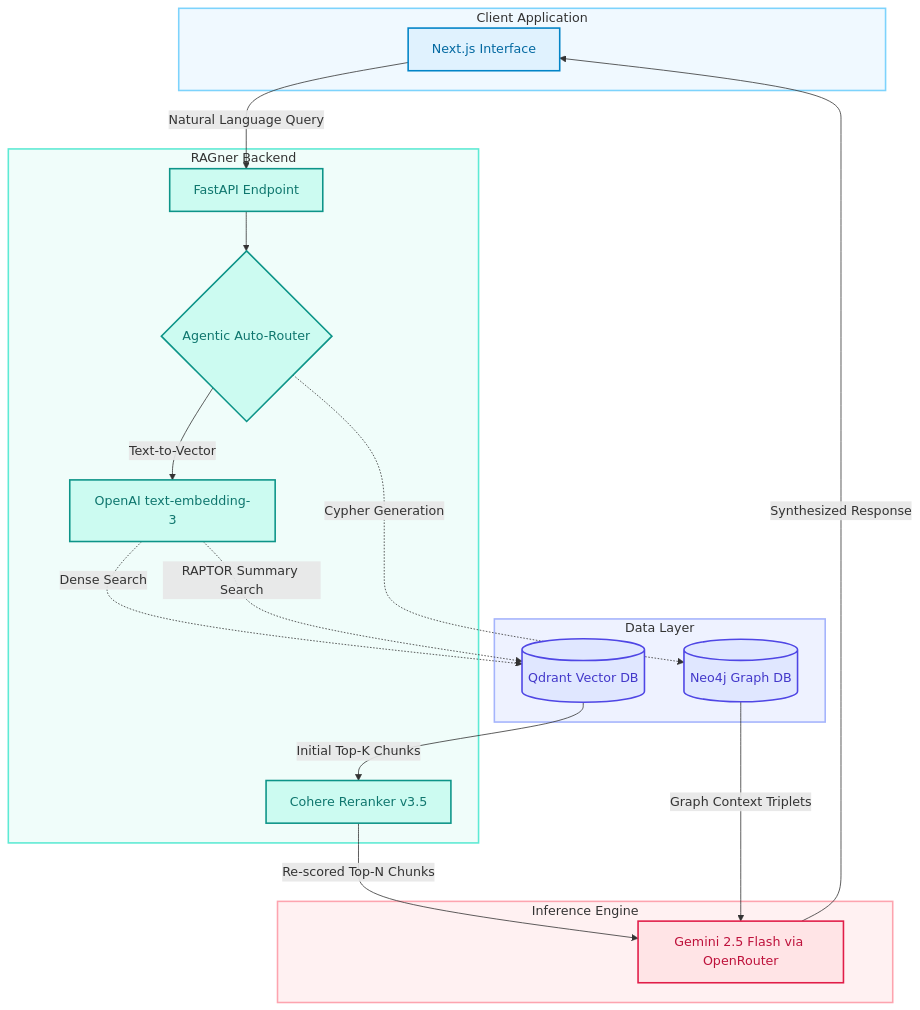
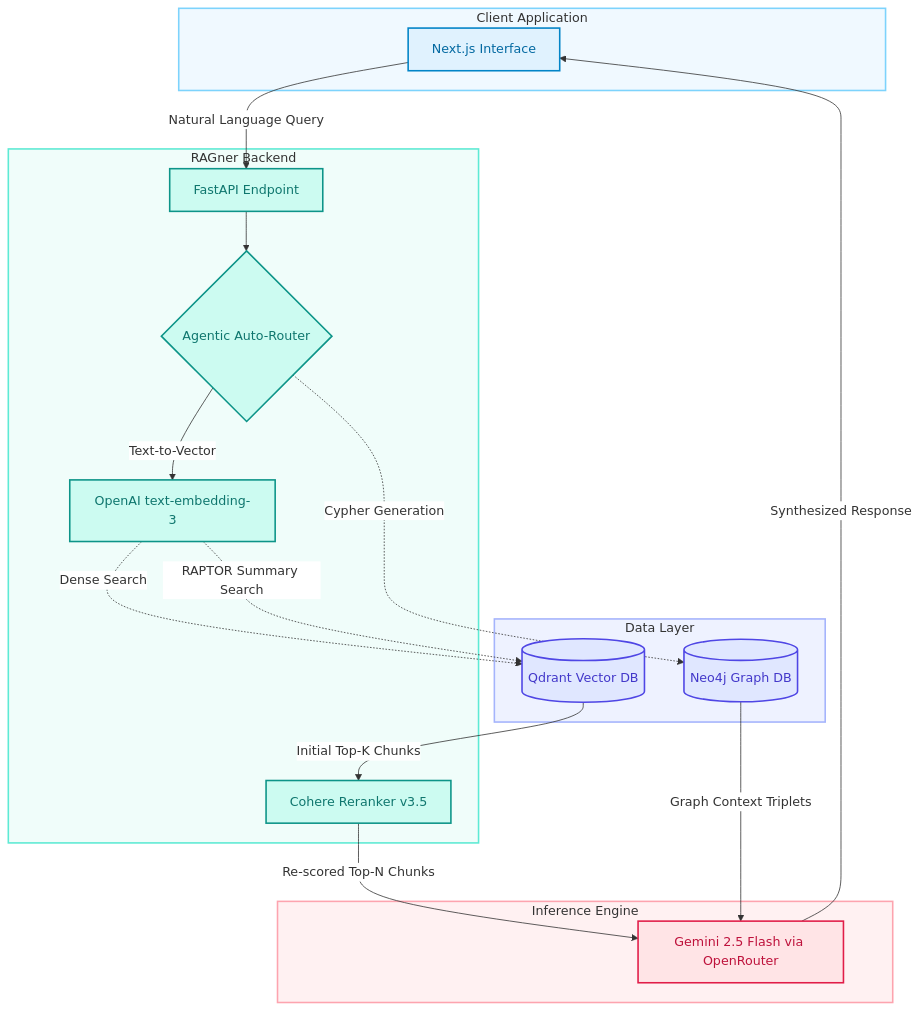
One commit to Saransh482003/RAGner-Tri-Modal-RAG-Framework changed the diagram in README.md. Above: the diagram before and after it, drawn with Mermaid.

Commit message:
Added README and made new adjustments

````diff
--- a/README.md
+++ b/README.md
@@ -43,49 +43,50 @@
 ```mermaid
+%%{init: {'theme': 'default', 'themeVariables': { 'background': '#ffffff', 'primaryTextColor': '#000000', 'edgeLabelBackground': '#ffffff'}}}%%
 graph TD
     %% Define crisp color palettes for the different layers
     classDef frontend fill:#e0f2fe,stroke:#0284c7,stroke-width:2px,color:#0369a1;
     classDef backend fill:#ccfbf1,stroke:#0d9488,stroke-width:2px,color:#0f766e;
     classDef database fill:#e0e7ff,stroke:#4f46e5,stroke-width:2px,color:#4338ca;
     classDef inference fill:#ffe4e6,stroke:#e11d48,stroke-width:2px,color:#be123c;
 
     subgraph ClientApp [Client Application]
         UI[Next.js Interface]:::frontend
     end
 
     subgraph BackendApp [RAGner Backend]
         API[FastAPI Endpoint]:::backend
         Router{Agentic Auto-Router}:::backend
         Embed[OpenAI text-embedding-3]:::backend
         Rerank[Cohere Reranker v3.5]:::backend
     end
 
     subgraph DataLayer [Data Layer]
         Qdrant[(Qdrant Vector DB)]:::database
         Neo4j[(Neo4j Graph DB)]:::database
     end
     
     subgraph InferenceLayer [Inference Engine]
         OpenRouter[Gemini 2.5 Flash via OpenRouter]:::inference
     end
 
     %% Connections
     UI -->|Natural Language Query| API
     API --> Router
     Router -->|Text-to-Vector| Embed
     
     Embed -.->|Dense Search| Qdrant
     Embed -.->|RAPTOR Summary Search| Qdrant
     Router -.->|Cypher Generation| Neo4j
     
     Qdrant -->|Initial Top-K Chunks| Rerank
     Rerank -->|Re-scored Top-N Chunks| OpenRouter
     Neo4j -->|Graph Context Triplets| OpenRouter
     
     OpenRouter -->|Synthesized Response| UI
 
     %% Subgraph Styling: Soft thematic tints with clean, solid borders matching their nodes
     style ClientApp fill:#f0f9ff,stroke:#7dd3fc,stroke-width:2px
     style BackendApp fill:#f0fdfa,stroke:#5eead4,stroke-width:2px
     style DataLayer fill:#eef2ff,stroke:#a5b4fc,stroke-width:2px
     style InferenceLayer fill:#fff1f2,stroke:#fda4af,stroke-width:2px
 ```
````
